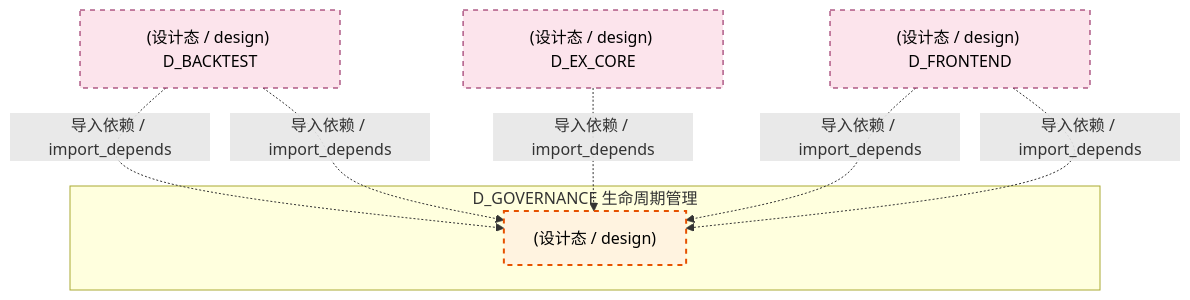
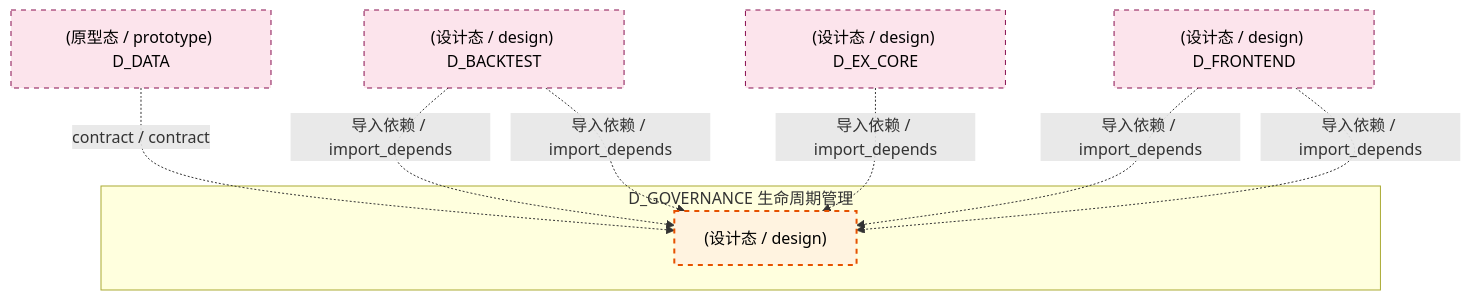
Before and after one commit to xuanFelixVan/ZephyrAlpha: the tenth of 12 diagrams in docs/02_enterprise_architecture/02_domain_architecture_docs/38_d_governance.md, drawn with Mermaid. The commit also changed other lines of this file and 99 other files, not shown here.

````diff
--- a/docs/02_enterprise_architecture/02_domain_architecture_docs/38_d_governance.md
+++ b/docs/02_enterprise_architecture/02_domain_architecture_docs/38_d_governance.md
@@ -1111,20 +1116,22 @@
 ```mermaid
 graph TD
     subgraph D_GOVERNANCE["D_GOVERNANCE 生命周期管理"]
         src_zephyr_governance_data_governance_miniqmt_provider_py["(设计态 / design) "]
     end
+    D_DATA["(原型态 / prototype) D_DATA"]
+    D_DATA -.->|contract / contract| src_zephyr_governance_data_governance_miniqmt_provider_py
     D_BACKTEST["(设计态 / design) D_BACKTEST"]
     D_BACKTEST -.->|导入依赖 / import_depends| src_zephyr_governance_data_governance_miniqmt_provider_py
     D_BACKTEST -.->|导入依赖 / import_depends| src_zephyr_governance_data_governance_miniqmt_provider_py
     D_EX_CORE["(设计态 / design) D_EX_CORE"]
     D_EX_CORE -.->|导入依赖 / import_depends| src_zephyr_governance_data_governance_miniqmt_provider_py
     D_FRONTEND["(设计态 / design) D_FRONTEND"]
     D_FRONTEND -.->|导入依赖 / import_depends| src_zephyr_governance_data_governance_miniqmt_provider_py
     D_FRONTEND -.->|导入依赖 / import_depends| src_zephyr_governance_data_governance_miniqmt_provider_py
     classDef production fill:#e1f5fe,stroke:#01579b,stroke-width:2px,color:#000
     classDef design fill:#fff3e0,stroke:#e65100,stroke-width:2px,color:#000,stroke-dasharray: 5 5
     classDef external_prod fill:#e8f5e9,stroke:#1b5e20,stroke-width:1px,color:#000
     classDef external_design fill:#fce4ec,stroke:#880e4f,stroke-width:1px,color:#000,stroke-dasharray: 5 5
     class src_zephyr_governance_data_governance_miniqmt_provider_py design
-    class D_BACKTEST,D_EX_CORE,D_FRONTEND external_design
+    class D_DATA,D_BACKTEST,D_EX_CORE,D_FRONTEND external_design
 ```
````
